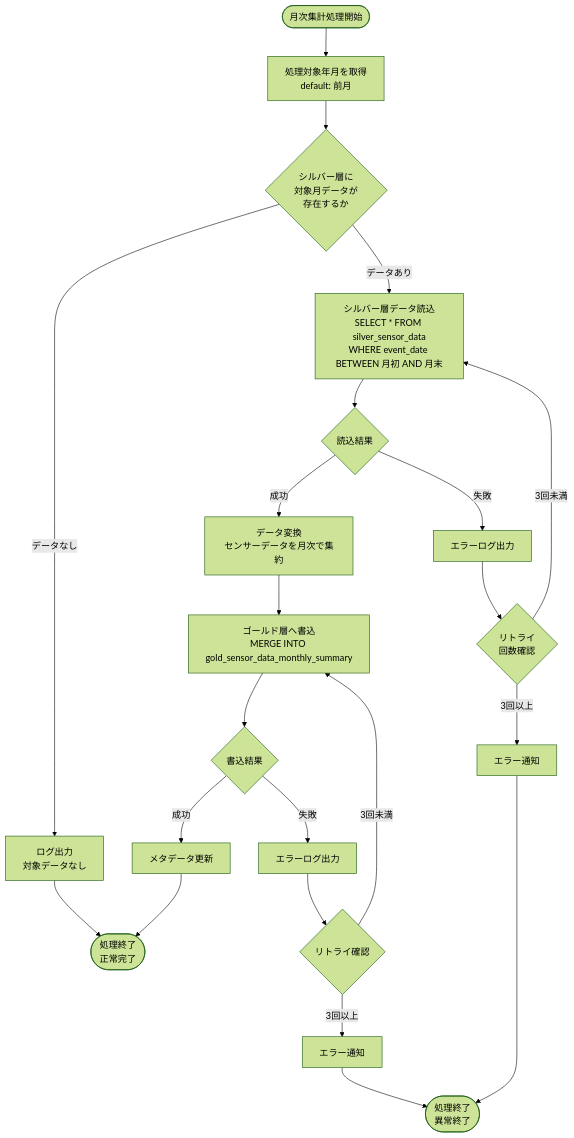
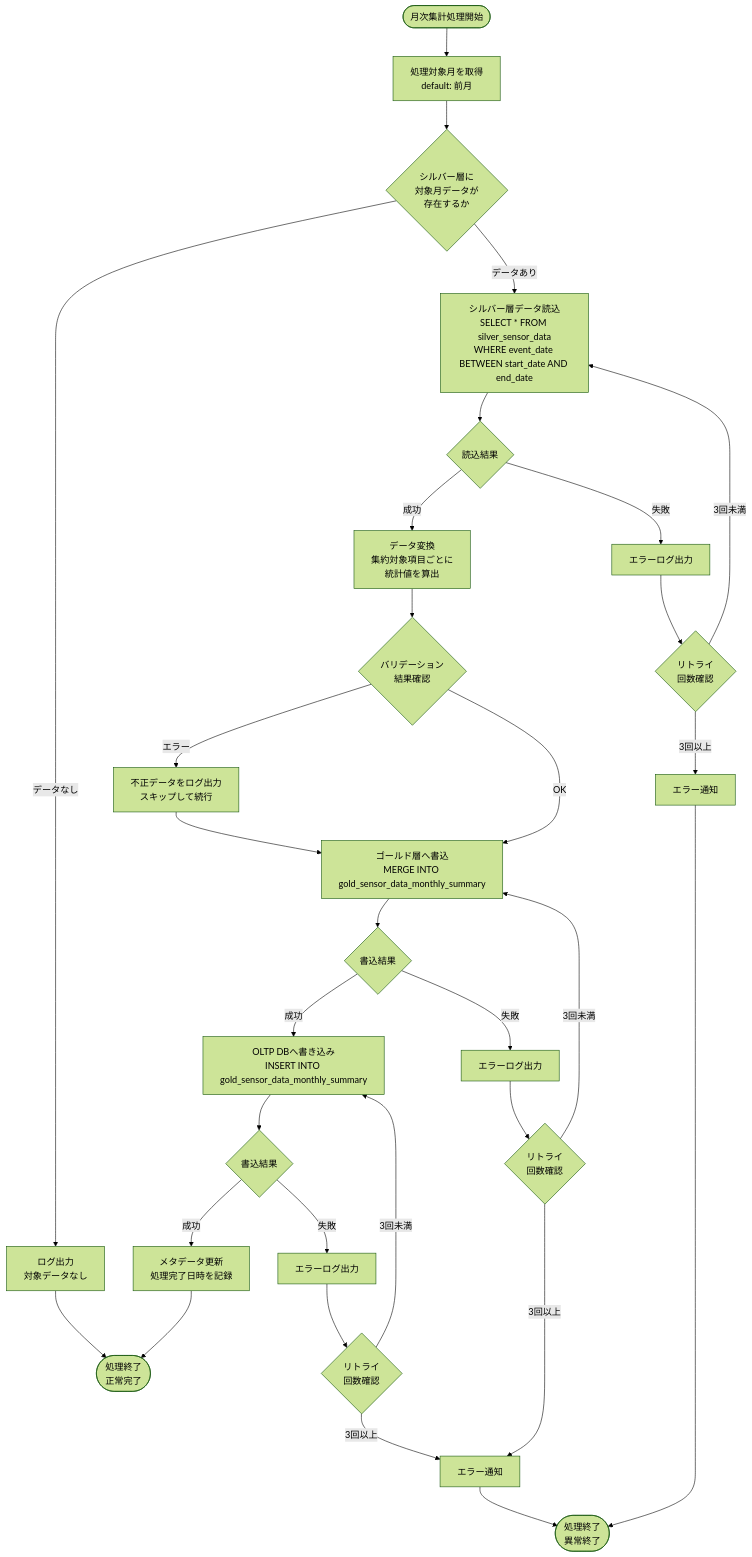
The third of 6 diagrams in docs/03-features/ldp-pipeline/gold_layer/ldp-pipeline-specification.md (NSW-SVCP-AIWG002/Databricks-IoT), drawn with Mermaid (forest theme) before and after one commit. The commit also changed other lines of this file and 4 other files, not shown here.

````diff
--- a/docs/03-features/ldp-pipeline/gold_layer/ldp-pipeline-specification.md
+++ b/docs/03-features/ldp-pipeline/gold_layer/ldp-pipeline-specification.md
@@ -308,28 +330,40 @@
 ```mermaid
 flowchart TD
-    Start([月次集計処理開始]) --> GetMonth[処理対象年月を取得<br>default: 前月]
-    GetMonth --> CheckSource{シルバー層に<br>対象月データが<br>存在するか}
+    Start([月次集計処理開始]) --> GetDate[処理対象月を取得<br>default: 前月]
+    GetDate --> CheckSource{シルバー層に<br>対象月データが<br>存在するか}
 
     CheckSource -->|データなし| LogNoData[ログ出力<br>対象データなし]
     LogNoData --> EndSuccess([処理終了<br>正常完了])
+    CheckSource -->|データあり| ReadSilver[シルバー層データ読込<br>SELECT * FROM silver_sensor_data<br>WHERE event_date BETWEEN start_date AND end_date]
+    ReadSilver --> CheckRead{読込結果}
 
-    CheckSource -->|データあり| ReadSilver[シルバー層データ読込<br>SELECT * FROM silver_sensor_data<br>WHERE event_date BETWEEN 月初 AND 月末]
-    ReadSilver --> CheckRead{読込結果}
-    CheckRead -->|成功| Transform[データ変換<br>センサーデータを月次で集約]
+    CheckRead -->|成功| Transform[データ変換<br>集約対象項目ごとに<br>統計値を算出]
     CheckRead -->|失敗| ErrorRead[エラーログ出力]
     ErrorRead --> RetryRead{リトライ<br>回数確認}
     RetryRead -->|3回未満| ReadSilver
     RetryRead -->|3回以上| AlertRead[エラー通知]
-    AlertRead --> EndError
-    Transform --> WriteGold[ゴールド層へ書込<br>MERGE INTO gold_sensor_data_monthly_summary]
+    AlertRead --> EndError([処理終了<br>異常終了])
+
+    Transform --> Validate{バリデーション<br>結果確認}
+    Validate -->|エラー| ErrorValidate[不正データをログ出力<br>スキップして続行]
+    ErrorValidate --> WriteGold
+
+    Validate -->|OK| WriteGold[ゴールド層へ書込<br>MERGE INTO gold_sensor_data_monthly_summary]
     WriteGold --> CheckWrite{書込結果}
 
-    CheckWrite -->|成功| UpdateMeta[メタデータ更新]
+    CheckWrite -->|成功| WriteOLTP[OLTP DBへ書き込み<br>INSERT INTO gold_sensor_data_monthly_summary]
+    WriteOLTP --> CheckWrite1{書込結果}
+    CheckWrite1 --> |成功| UpdateMeta[メタデータ更新<br>処理完了日時を記録]
     UpdateMeta --> EndSuccess
 
+    CheckWrite1 --> |失敗| ErrorWrite1[エラーログ出力]
+    ErrorWrite1 --> RetryWrite1{リトライ<br>回数確認}
+    RetryWrite1 -->|3回未満| WriteOLTP
+    RetryWrite1 -->|3回以上| AlertWrite[エラー通知]
+
     CheckWrite -->|失敗| ErrorWrite[エラーログ出力]
-    ErrorWrite --> Retry{リトライ確認}
-    Retry -->|3回未満| WriteGold
-    Retry -->|3回以上| Alert[エラー通知]
-    Alert --> EndError([処理終了<br>異常終了])
+    ErrorWrite --> RetryWrite{リトライ<br>回数確認}
+    RetryWrite -->|3回未満| WriteGold
+    RetryWrite -->|3回以上| AlertWrite[エラー通知]
+    AlertWrite --> EndError
 ```
````
